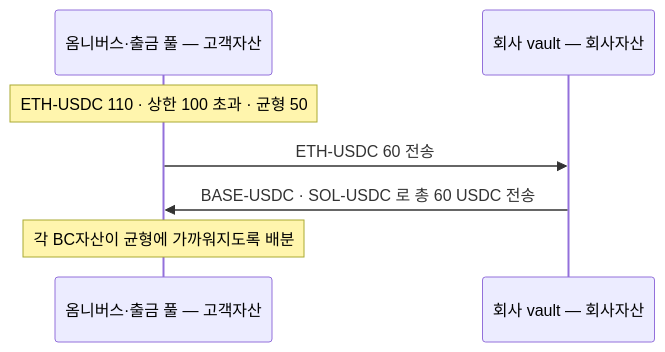
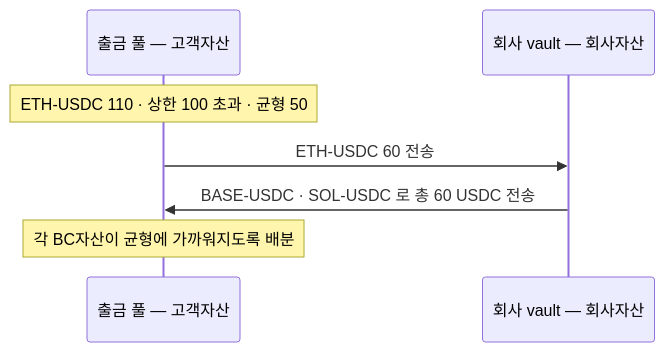
The first of 2 diagrams in blockchain-manager/docs/블록체인매니저/브릿지/01-problem.md (eunsujeo/eunpus), drawn with Mermaid before and after one commit. The commit also changed other lines of this file and 4 other files, not shown here.

````diff
--- a/blockchain-manager/docs/블록체인매니저/브릿지/01-problem.md
+++ b/blockchain-manager/docs/블록체인매니저/브릿지/01-problem.md
@@ -30,10 +30,10 @@
 ```mermaid
 sequenceDiagram
-  participant S as 옴니버스·출금 풀 — 고객자산
+  participant S as 출금 풀 — 고객자산
   participant K as 회사 vault — 회사자산
 
   Note over S: ETH-USDC 110 · 상한 100 초과 · 균형 50
   S->>K: ETH-USDC 60 전송
   K->>S: BASE-USDC · SOL-USDC 로 총 60 USDC 전송
   Note over S: 각 BC자산이 균형에 가까워지도록 배분
 ```
````
